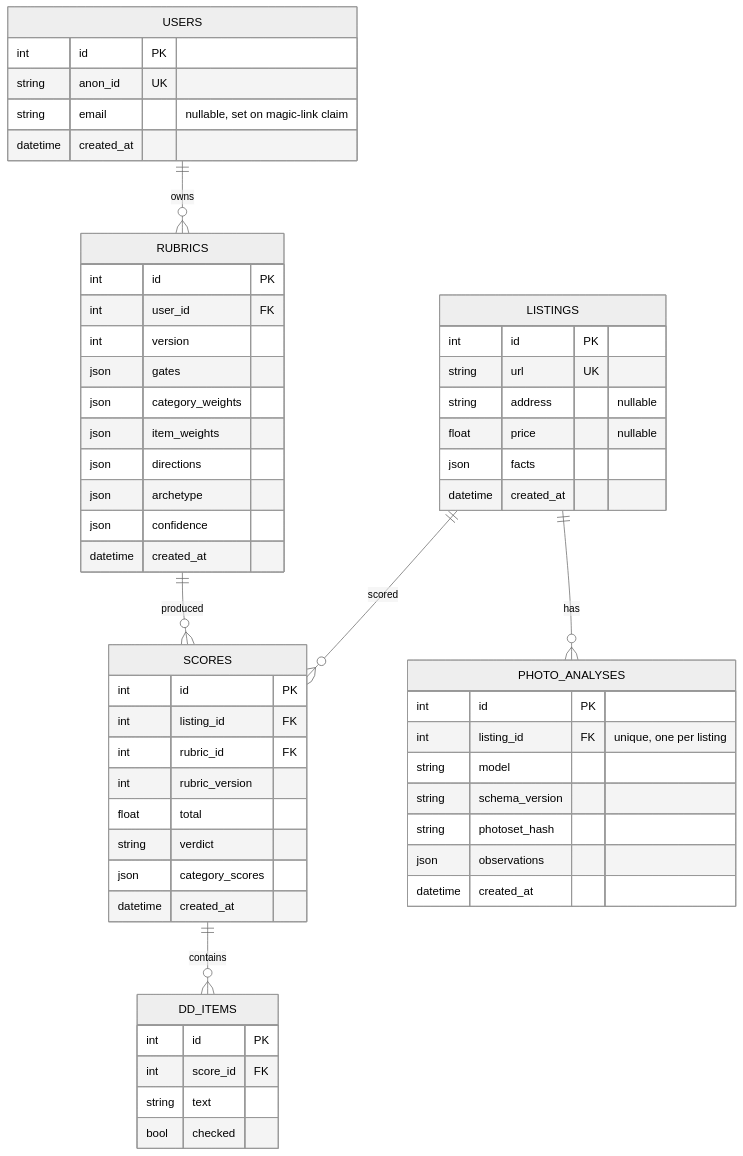
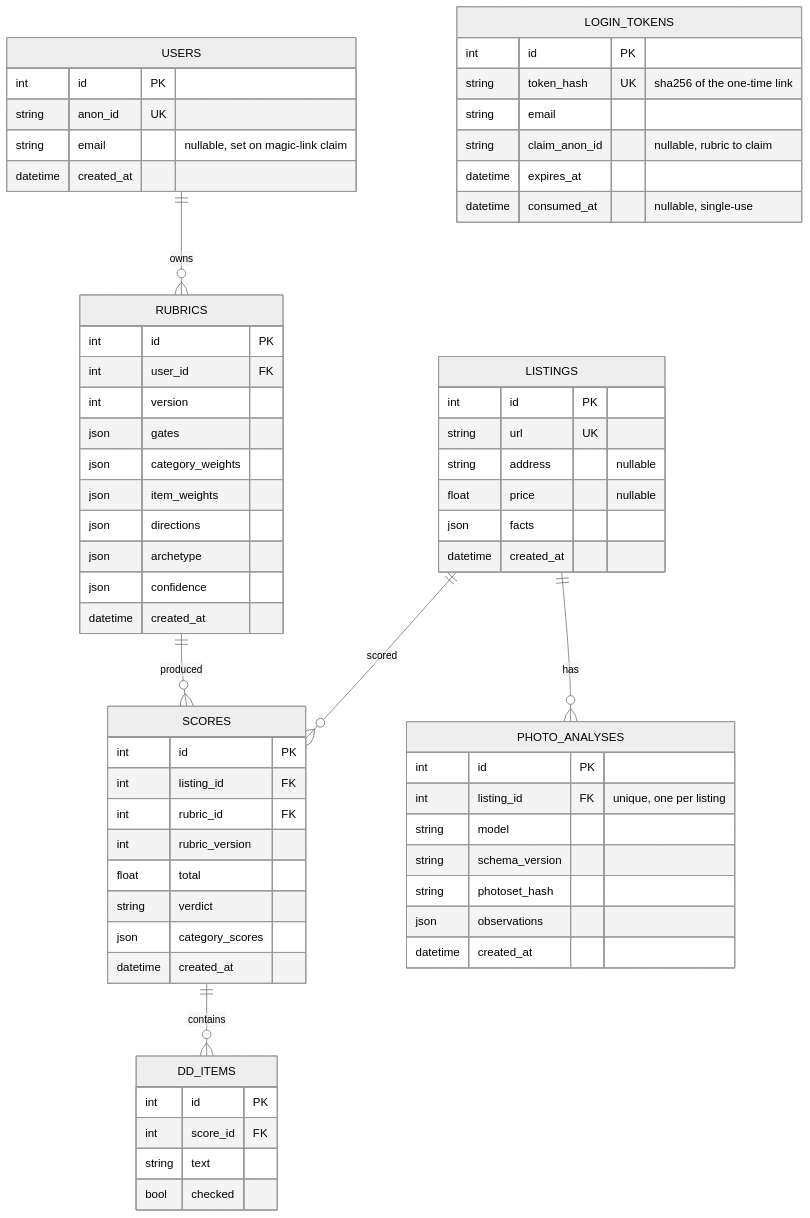
Before and after one commit to hartc17/home-score-app: the sixth of 7 diagrams in docs/architecture.md, drawn with Mermaid (neutral theme). The commit also changed other lines of this file and 27 other files, not shown here.

First line of the commit message:
Phase E: passwordless accounts and the magic-link claim

````diff
--- a/docs/architecture.md
+++ b/docs/architecture.md
@@ -215,60 +216,68 @@
 ```mermaid
 erDiagram
   USERS ||--o{ RUBRICS : owns
   RUBRICS ||--o{ SCORES : produced
   LISTINGS ||--o{ PHOTO_ANALYSES : has
   LISTINGS ||--o{ SCORES : scored
   SCORES ||--o{ DD_ITEMS : contains
 
   USERS {
     int id PK
     string anon_id UK
     string email "nullable, set on magic-link claim"
     datetime created_at
   }
   RUBRICS {
     int id PK
     int user_id FK
     int version
     json gates
     json category_weights
     json item_weights
     json directions
     json archetype
     json confidence
     datetime created_at
   }
   LISTINGS {
     int id PK
     string url UK
     string address "nullable"
     float price "nullable"
     json facts
     datetime created_at
   }
   PHOTO_ANALYSES {
     int id PK
     int listing_id FK "unique, one per listing"
     string model
     string schema_version
     string photoset_hash
     json observations
     datetime created_at
   }
   SCORES {
     int id PK
     int listing_id FK
     int rubric_id FK
     int rubric_version
     float total
     string verdict
     json category_scores
     datetime created_at
   }
   DD_ITEMS {
     int id PK
     int score_id FK
     string text
     bool checked
   }
+  LOGIN_TOKENS {
+    int id PK
+    string token_hash UK "sha256 of the one-time link"
+    string email
+    string claim_anon_id "nullable, rubric to claim"
+    datetime expires_at
+    datetime consumed_at "nullable, single-use"
+  }
 ```
````
